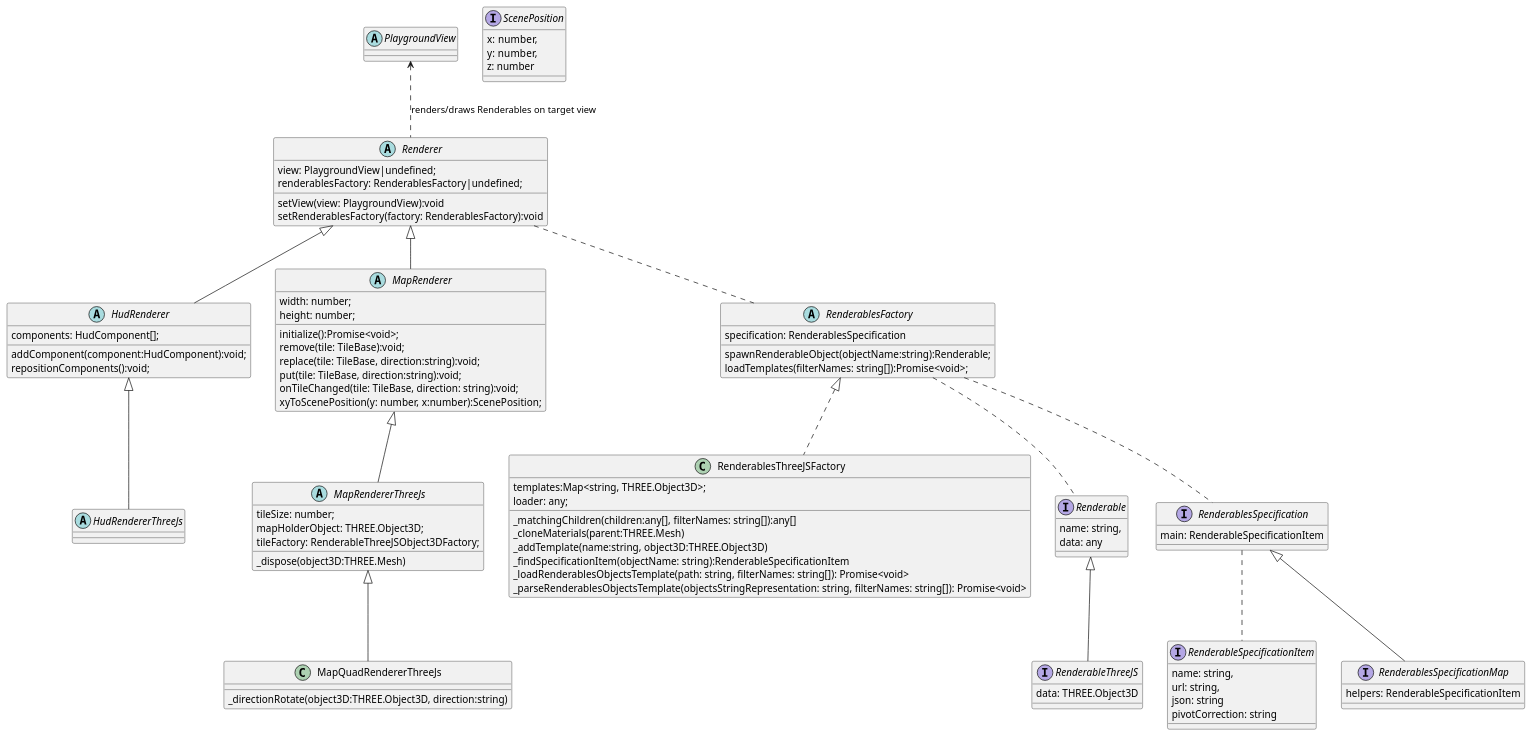
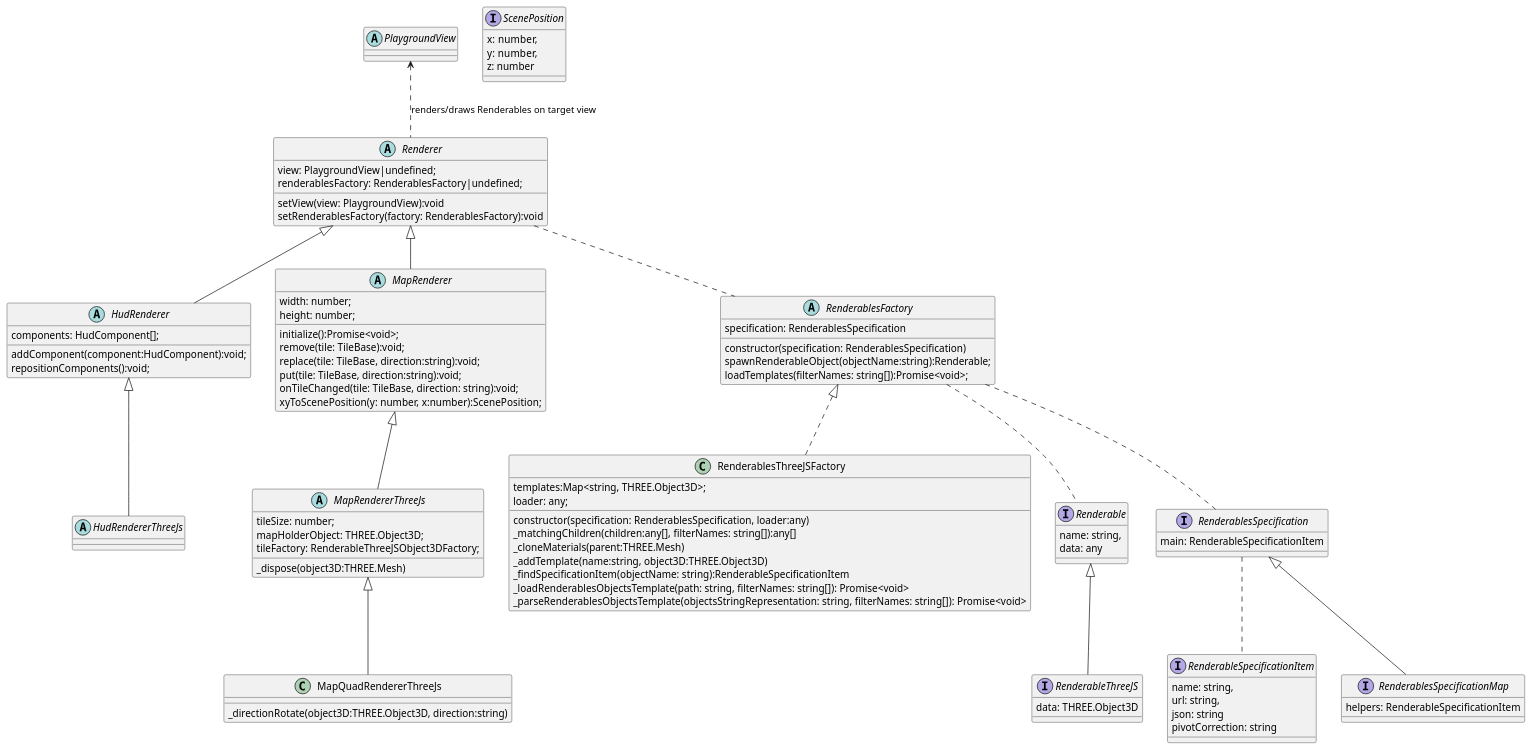
Before and after one commit to yentenobserver/gngine: the diagram in docs/renderer.model.puml, drawn with PlantUML.

```diff
--- a/docs/renderer.model.puml
+++ b/docs/renderer.model.puml
@@ -1,116 +1,118 @@
 @startuml
 
 
 
 abstract class PlaygroundView {  }
 
 
 abstract class Renderer {
   view: PlaygroundView|undefined;
   renderablesFactory: RenderablesFactory|undefined;
   {method} setView(view: PlaygroundView):void
   {method} setRenderablesFactory(factory: RenderablesFactory):void
 }
 
 abstract class HudRenderer {
   components: HudComponent[];
   {method} addComponent(component:HudComponent):void;
   {method} repositionComponents():void;
 }
 
 abstract class HudRendererThreeJs {}
 
 abstract class MapRenderer {
   {field} width: number;
   {field} height: number;
   
 
   {method} initialize():Promise<void>;
   {method} remove(tile: TileBase):void;
   {method} replace(tile: TileBase, direction:string):void;
   {method} put(tile: TileBase, direction:string):void;
   {method} onTileChanged(tile: TileBase, direction: string):void;
   {method} xyToScenePosition(y: number, x:number):ScenePosition;
 }
 
 abstract class MapRendererThreeJs {
   tileSize: number;
   mapHolderObject: THREE.Object3D;
   tileFactory: RenderableThreeJSObject3DFactory;
 
   {method} _dispose(object3D:THREE.Mesh)
 }
 
 class MapQuadRendererThreeJs {
   {method} _directionRotate(object3D:THREE.Object3D, direction:string)
 }
 
 abstract class RenderablesFactory {
   specification: RenderablesSpecification
+  {method} constructor(specification: RenderablesSpecification)
   {method} spawnRenderableObject(objectName:string):Renderable;
   {method} loadTemplates(filterNames: string[]):Promise<void>;
 }
 
 class RenderablesThreeJSFactory {
   templates:Map<string, THREE.Object3D>;
   loader: any;
+  {method} constructor(specification: RenderablesSpecification, loader:any)
   {method} _matchingChildren(children:any[], filterNames: string[]):any[]
   {method} _cloneMaterials(parent:THREE.Mesh)
   {method} _addTemplate(name:string, object3D:THREE.Object3D)
   {method} _findSpecificationItem(objectName: string):RenderableSpecificationItem
   {method} _loadRenderablesObjectsTemplate(path: string, filterNames: string[]): Promise<void>
   {method} _parseRenderablesObjectsTemplate(objectsStringRepresentation: string, filterNames: string[]): Promise<void>
 }
 
 interface Renderable{
   name: string,
   data: any
 }
 
 interface RenderableThreeJS{
   data: THREE.Object3D
 }
 
 
 
 interface RenderableSpecificationItem {
   name: string,
   url: string,
   json: string
   pivotCorrection: string
 }
 
 interface RenderablesSpecification {
   main: RenderableSpecificationItem  
 }
 
 interface RenderablesSpecificationMap {
   helpers: RenderableSpecificationItem
 }
 
 interface ScenePosition {
   x: number,
   y: number,
   z: number
 }
 
 PlaygroundView <.. Renderer : renders/draws Renderables on target view
 
 Renderer <|-- MapRenderer
 Renderer <|-- HudRenderer
 HudRenderer <|-- HudRendererThreeJs
 MapRenderer <|-- MapRendererThreeJs
 MapRendererThreeJs <|-- MapQuadRendererThreeJs
 Renderer .. RenderablesFactory
 RenderablesFactory .. Renderable
 
 RenderablesFactory <|.. RenderablesThreeJSFactory
 
 Renderable <|-- RenderableThreeJS
 
 RenderablesSpecification <|-- RenderablesSpecificationMap
 
 RenderablesSpecification .. RenderableSpecificationItem
 
 RenderablesFactory .. RenderablesSpecification
 @enduml
```
